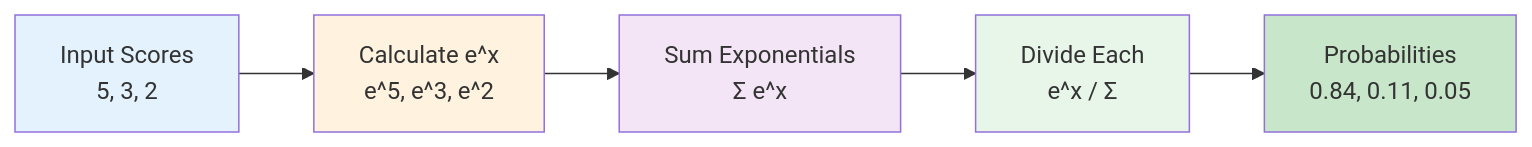
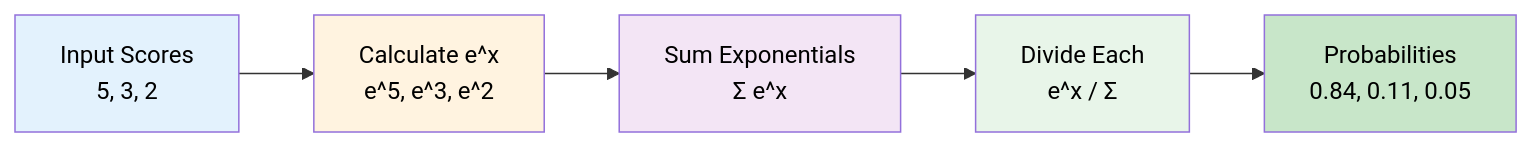
One commit to iNavLabsResearch/ai_starter changed the first of 3 diagrams in docs/session_1/8_math_fundamentals.md. Above: the diagram before and after it, drawn with Mermaid. The commit also changed other lines of this file and 8 other files, not shown here.

First line of the commit message:
Fix Mermaid diagram text visibility - set all text to black

````diff
--- a/docs/session_1/8_math_fundamentals.md
+++ b/docs/session_1/8_math_fundamentals.md
@@ -50,13 +50,13 @@
 ```mermaid
 graph LR
     A[Input Scores<br/>5, 3, 2] --> B[Calculate e^x<br/>e^5, e^3, e^2]
     B --> C[Sum Exponentials<br/>Σ e^x]
     C --> D[Divide Each<br/>e^x / Σ]
     D --> E[Probabilities<br/>0.84, 0.11, 0.05]
     
-    style A fill:#e3f2fd
-    style B fill:#fff3e0
-    style C fill:#f3e5f5
-    style D fill:#e8f5e9
-    style E fill:#c8e6c9
+    style A fill:#e3f2fd,color:#000000
+    style B fill:#fff3e0,color:#000000
+    style C fill:#f3e5f5,color:#000000
+    style D fill:#e8f5e9,color:#000000
+    style E fill:#c8e6c9,color:#000000
 ```
````
